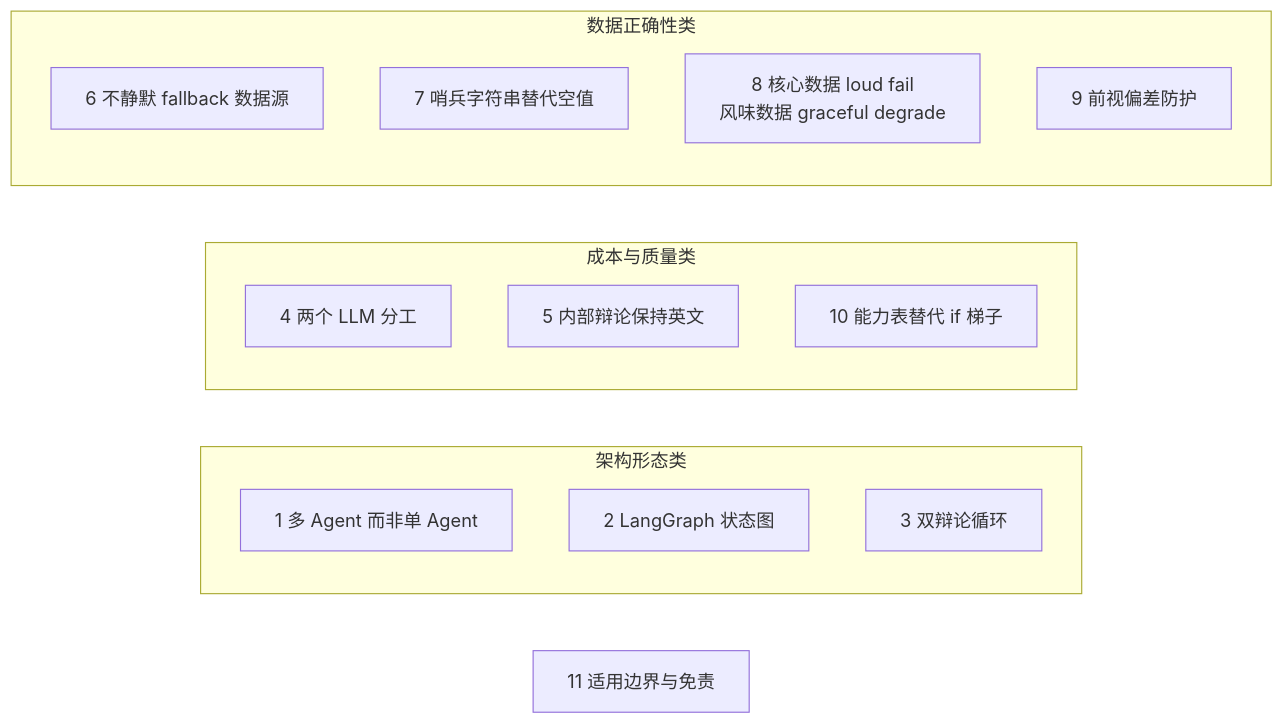
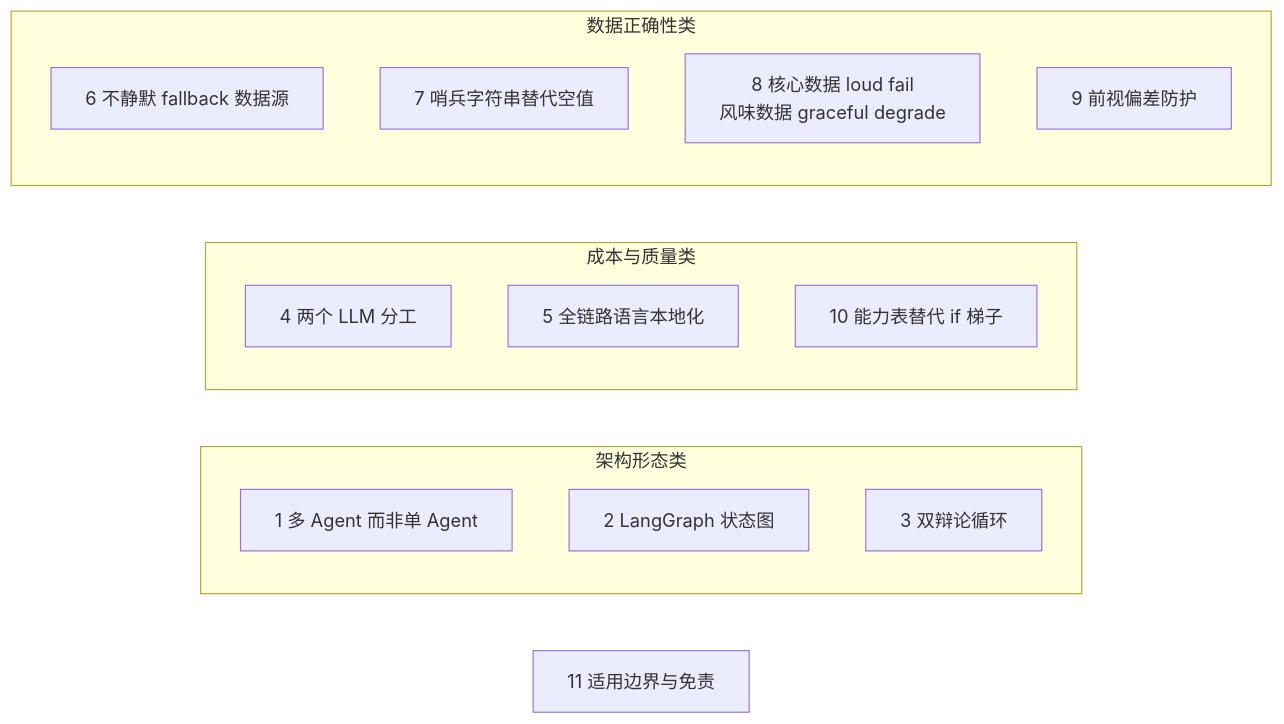
The diagram in docs/cn/03-architecture/design-philosophy.md (A1pha3/TradingAgents), drawn with Mermaid before and after one commit. The commit also changed other lines of this file and 18 other files, not shown here.

````diff
--- a/docs/cn/03-architecture/design-philosophy.md
+++ b/docs/cn/03-architecture/design-philosophy.md
@@ -11,20 +11,20 @@
 ```mermaid
 flowchart LR
     subgraph A["架构形态类"]
         D1["1 多 Agent 而非单 Agent"]
         D2["2 LangGraph 状态图"]
         D3["3 双辩论循环"]
     end
     subgraph B["成本与质量类"]
         D4["4 两个 LLM 分工"]
-        D5["5 内部辩论保持英文"]
+        D5["5 全链路语言本地化"]
         D6["10 能力表替代 if 梯子"]
     end
     subgraph C["数据正确性类"]
         D7["6 不静默 fallback 数据源"]
         D8["7 哨兵字符串替代空值"]
         D9["8 核心数据 loud fail<br/>风味数据 graceful degrade"]
         D10["9 前视偏差防护"]
     end
     D11["11 适用边界与免责"]
 ```
````
